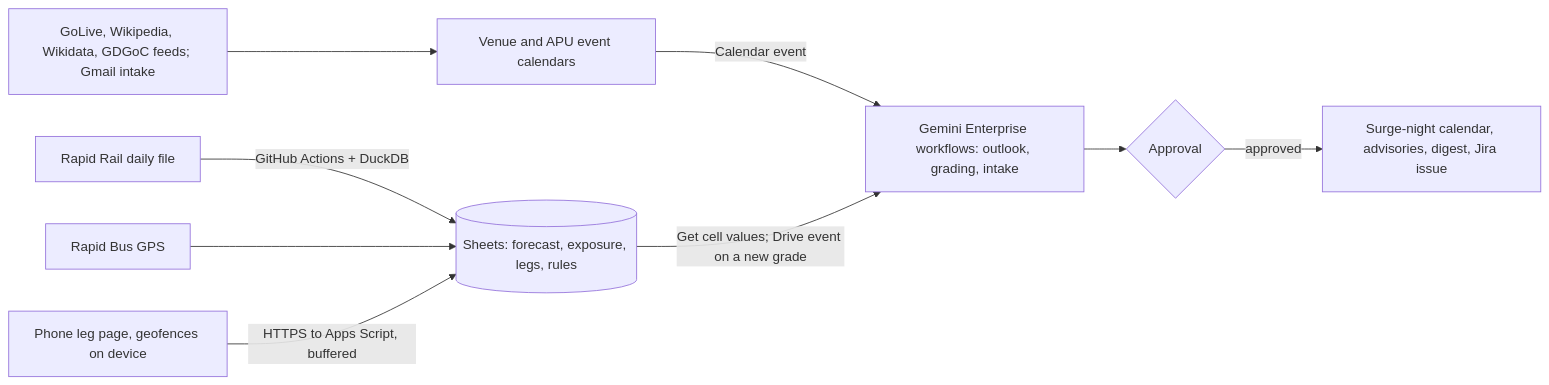
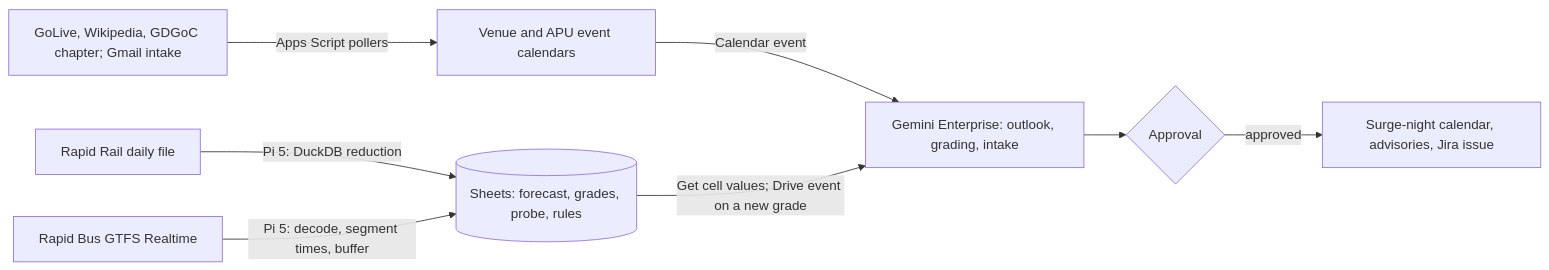
One commit to m1kulabs/Skyclause changed the diagram in docs/ideas/04-fanfall.md. Above: the diagram before and after it, drawn with Mermaid. The commit also changed other lines of this file and 28 other files, not shown here.

````diff
--- a/docs/ideas/04-fanfall.md
+++ b/docs/ideas/04-fanfall.md
@@ -69,11 +76,10 @@
 ```mermaid
 flowchart LR
-  L[GoLive, Wikipedia, Wikidata, GDGoC feeds; Gmail intake] --> V[Venue and APU event calendars]
-  R[Rapid Rail daily file] -->|GitHub Actions + DuckDB| S[(Sheets: forecast, exposure, legs, rules)]
-  B[Rapid Bus GPS] --> S
-  P[Phone leg page, geofences on device] -->|HTTPS to Apps Script, buffered| S
-  V -->|Calendar event| G[Gemini Enterprise workflows: outlook, grading, intake]
+  L[GoLive, Wikipedia, GDGoC chapter; Gmail intake] -->|Apps Script pollers| V[Venue and APU event calendars]
+  R[Rapid Rail daily file] -->|Pi 5: DuckDB reduction| S[(Sheets: forecast, grades, probe, rules)]
+  B[Rapid Bus GTFS Realtime] -->|Pi 5: decode, segment times, buffer| S
+  V -->|Calendar event| G[Gemini Enterprise: outlook, grading, intake]
   S -->|Get cell values; Drive event on a new grade| G
   G --> A{Approval}
-  A -->|approved| O[Surge-night calendar, advisories, digest, Jira issue]
+  A -->|approved| O[Surge-night calendar, advisories, Jira issue]
 ```
````
